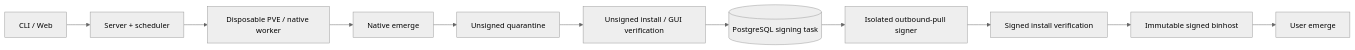
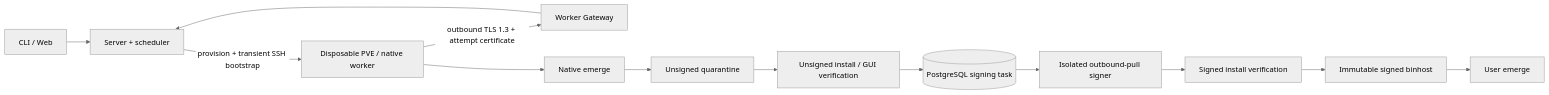
The diagram in readme.md (Volatoo/portage-engine), drawn with Mermaid (neutral theme) before and after one commit. The commit also changed other lines of this file and 158 other files, not shown here.

Commit message:
feat: complete community control-plane roadmap

````diff
--- a/readme.md
+++ b/readme.md
@@ -65,13 +77,15 @@
 ```mermaid
 flowchart LR
     Client[CLI / Web] --> API[Server + scheduler]
-    API --> Worker[Disposable PVE / native worker]
+    API -->|provision + transient SSH bootstrap| Worker[Disposable PVE / native worker]
+    Worker -->|outbound TLS 1.3 + attempt certificate| Gateway[Worker Gateway]
+    Gateway --> API
     Worker --> Build[Native emerge]
     Build --> Stage[Unsigned quarantine]
     Stage --> Verify[Unsigned install / GUI verification]
     Verify --> Queue[(PostgreSQL signing task)]
     Queue --> Signer[Isolated outbound-pull signer]
     Signer --> SignedVerify[Signed install verification]
     SignedVerify --> Publish[Immutable signed binhost]
     Publish --> Portage[User emerge]
 ```
````
